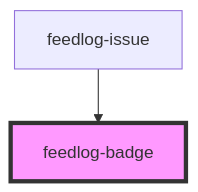
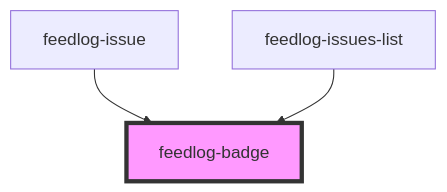
The diagram in packages/webcomponents/src/components/feedlog-badge/readme.md (FeedlogAI/feedlog-toolkit), drawn with Mermaid before and after one commit. The commit also changed other lines of this file and 9 other files, not shown here.

````diff
--- a/packages/webcomponents/src/components/feedlog-badge/readme.md
+++ b/packages/webcomponents/src/components/feedlog-badge/readme.md
@@ -25,5 +26,6 @@
 ```mermaid
 graph TD;
   feedlog-issue --> feedlog-badge
+  feedlog-issues-list --> feedlog-badge
   style feedlog-badge fill:#f9f,stroke:#333,stroke-width:4px
 ```
````
